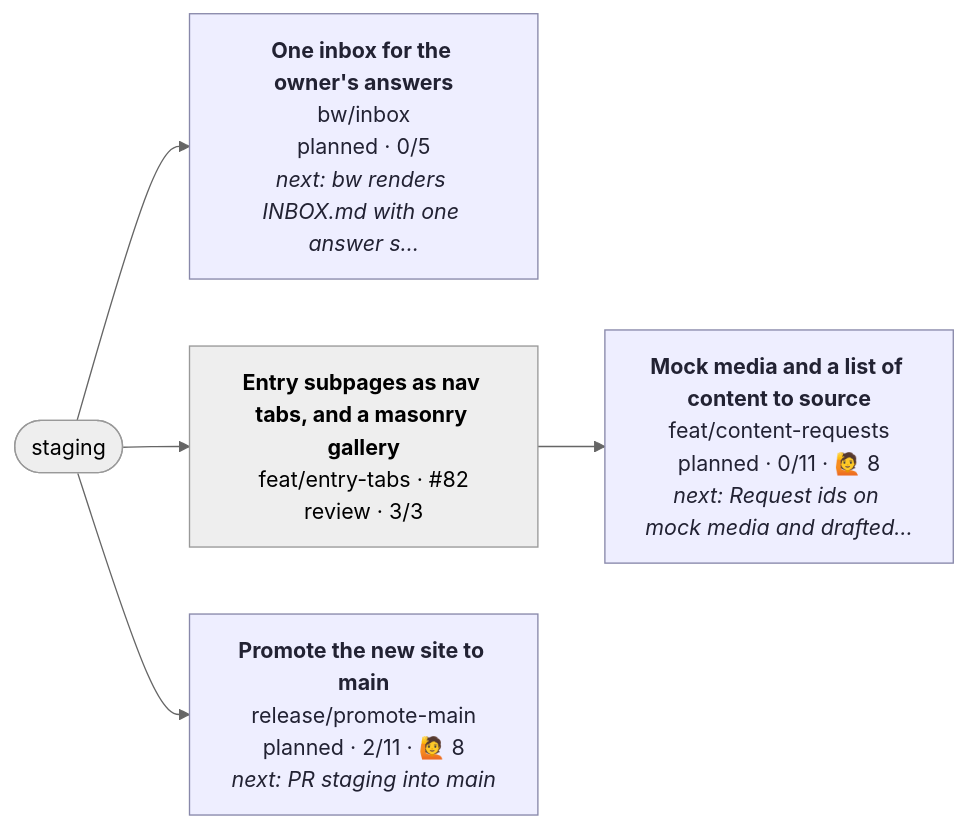
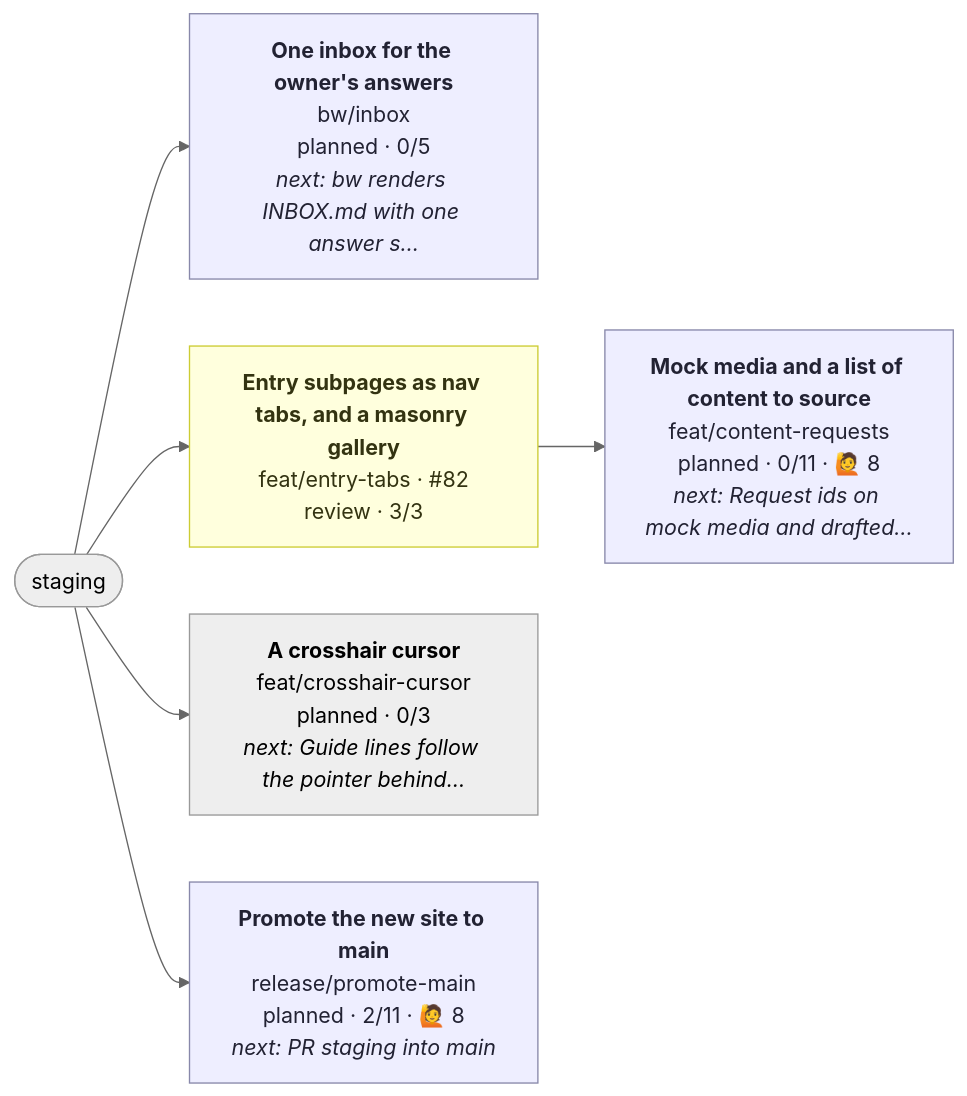
The diagram in CONTRIBUTING.md (henryjonescodes/portfolio), drawn with Mermaid (neutral theme) before and after one commit. The commit also changed other lines of this file, not shown here.

````diff
--- a/CONTRIBUTING.md
+++ b/CONTRIBUTING.md
@@ -16,21 +16,24 @@
 ```mermaid
 flowchart LR
   n_staging([staging])
   n_bw_inbox["<b>One inbox for the owner's answers</b><br/>bw/inbox<br/>planned · 0/5<br/><i>next: bw renders INBOX.md with one answer s…</i>"]
   class n_bw_inbox planned
   n_staging --> n_bw_inbox
   n_feat_content_requests["<b>Mock media and a list of content to source</b><br/>feat/content-requests<br/>planned · 0/11 · 🙋 8<br/><i>next: Request ids on mock media and drafted…</i>"]
   class n_feat_content_requests planned
   n_feat_entry_tabs --> n_feat_content_requests
+  n_feat_crosshair_cursor["<b>A crosshair cursor</b><br/>feat/crosshair-cursor<br/>planned · 0/3<br/><i>next: Guide lines follow the pointer behind…</i>"]
+  class n_feat_crosshair_cursor planned,current
+  n_staging --> n_feat_crosshair_cursor
   n_feat_entry_tabs["<b>Entry subpages as nav tabs, and a masonry gallery</b><br/>feat/entry-tabs · #82<br/>review · 3/3"]
-  class n_feat_entry_tabs review,current
+  class n_feat_entry_tabs review
   n_staging --> n_feat_entry_tabs
   n_release_promote_main["<b>Promote the new site to main</b><br/>release/promote-main<br/>planned · 2/11 · 🙋 8<br/><i>next: PR staging into main</i>"]
   class n_release_promote_main planned
   n_staging --> n_release_promote_main
   classDef planned fill:#eef,stroke:#88a,color:#223
   classDef active fill:#dfd,stroke:#3a3,stroke-width:3px,color:#132
   classDef blocked fill:#fdd,stroke:#c33,color:#311
   classDef review fill:#ffd,stroke:#cc3,color:#331
   classDef current stroke:#06c,stroke-width:4px
 ```
````
